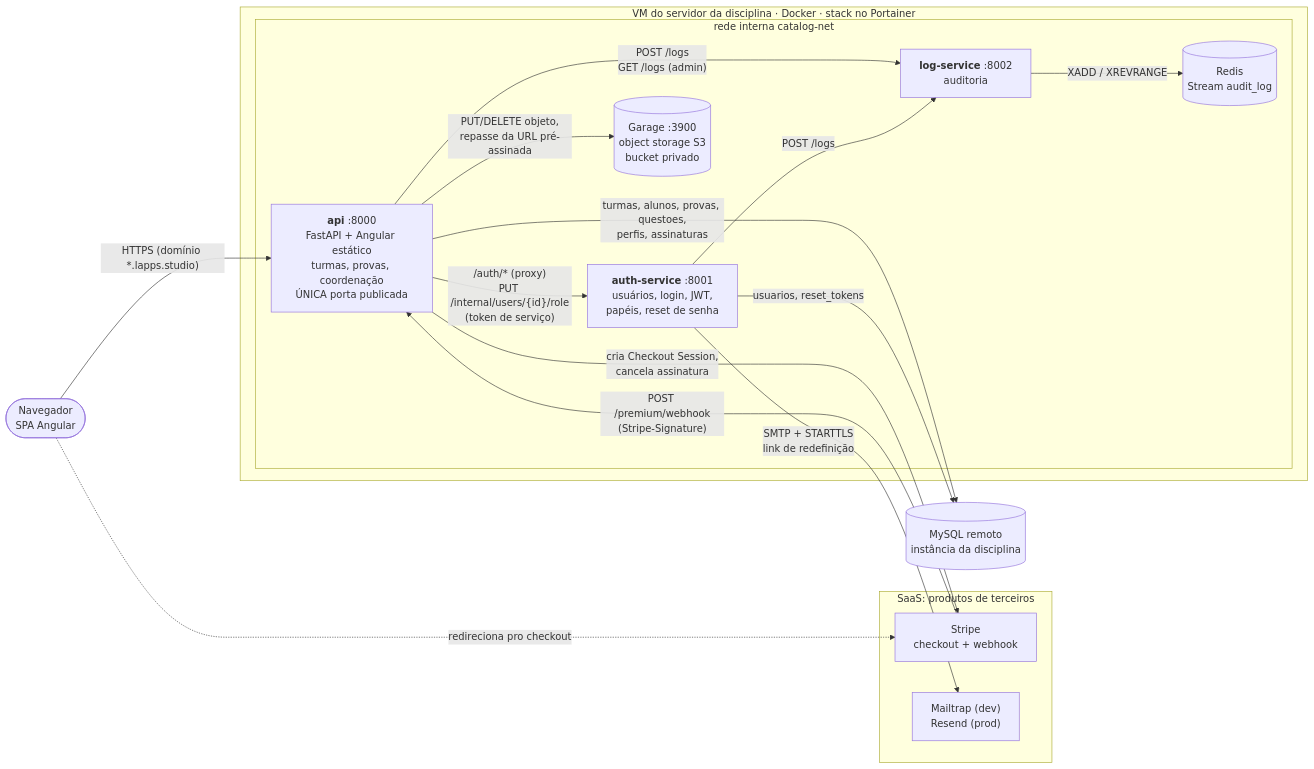
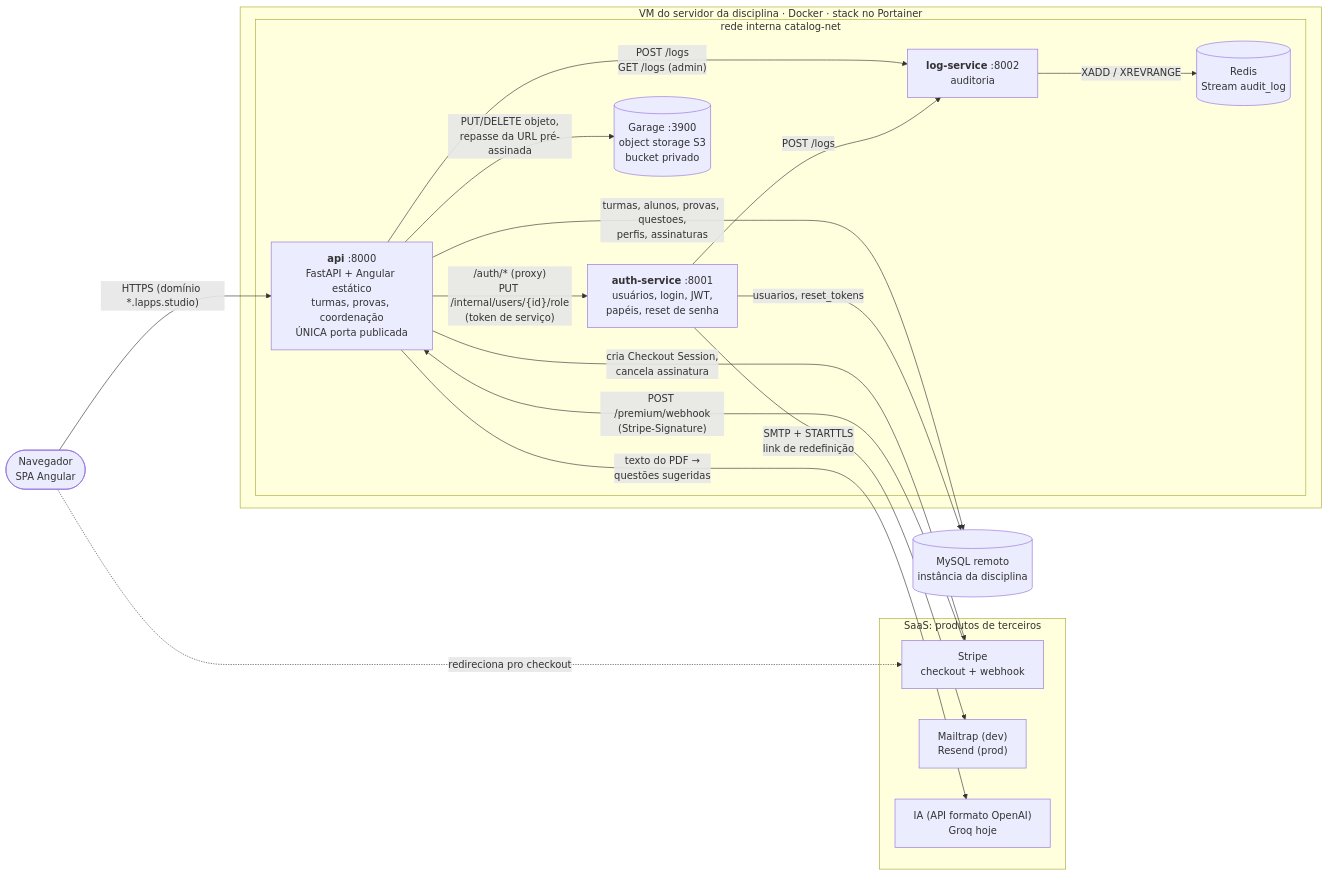
Before and after one commit to leonardoricci-tsi/ProvaPronta: the first of 2 diagrams in DOCUMENTACAO.md, drawn with Mermaid. The commit also changed other lines of this file and 35 other files, not shown here.

````diff
--- a/DOCUMENTACAO.md
+++ b/DOCUMENTACAO.md
@@ -74,36 +79,38 @@
 ```mermaid
 flowchart LR
     U(["Navegador<br/>SPA Angular"])
 
     subgraph SaaS["SaaS: produtos de terceiros"]
         STRIPE["Stripe<br/>checkout + webhook"]
         SMTP["Mailtrap (dev)<br/>Resend (prod)"]
+        LLM["IA (API formato OpenAI)<br/>Groq hoje"]
     end
 
     subgraph VM["VM do servidor da disciplina · Docker · stack no Portainer"]
         subgraph NET["rede interna catalog-net"]
             API["<b>api</b> :8000<br/>FastAPI + Angular estático<br/>turmas, provas, coordenação<br/>ÚNICA porta publicada"]
             AUTH["<b>auth-service</b> :8001<br/>usuários, login, JWT,<br/>papéis, reset de senha"]
             LOG["<b>log-service</b> :8002<br/>auditoria"]
             REDIS[("Redis<br/>Stream audit_log")]
             GARAGE[("Garage :3900<br/>object storage S3<br/>bucket privado")]
         end
     end
 
     MYSQL[("MySQL remoto<br/>instância da disciplina")]
 
     U -- "HTTPS (domínio *.lapps.studio)" --> API
     U -. "redireciona pro checkout" .-> STRIPE
     STRIPE -- "POST /premium/webhook<br/>(Stripe-Signature)" --> API
     API -- "cria Checkout Session,<br/>cancela assinatura" --> STRIPE
 
     API -- "/auth/* (proxy)<br/>PUT /internal/users/{id}/role<br/>(token de serviço)" --> AUTH
     API -- "POST /logs<br/>GET /logs (admin)" --> LOG
     AUTH -- "POST /logs" --> LOG
     LOG -- "XADD / XREVRANGE" --> REDIS
     API -- "PUT/DELETE objeto,<br/>repasse da URL pré-assinada" --> GARAGE
     AUTH -- "SMTP + STARTTLS<br/>link de redefinição" --> SMTP
+    API -- "texto do PDF →<br/>questões sugeridas" --> LLM
 
     API -- "turmas, alunos, provas, questoes,<br/>perfis, assinaturas" --> MYSQL
     AUTH -- "usuarios, reset_tokens" --> MYSQL
 ```
````
